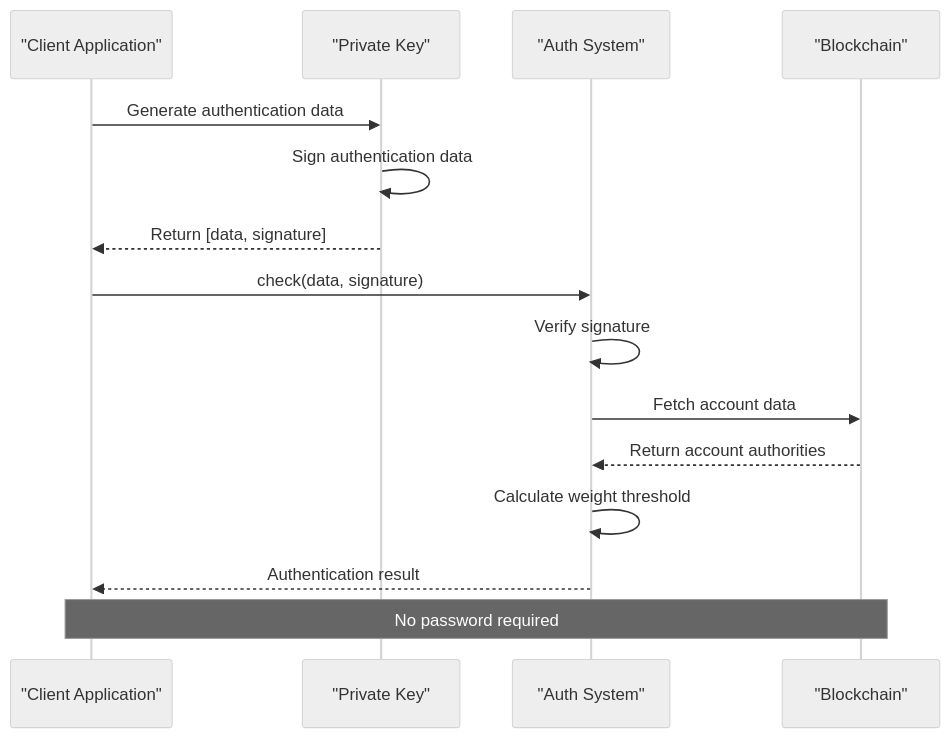
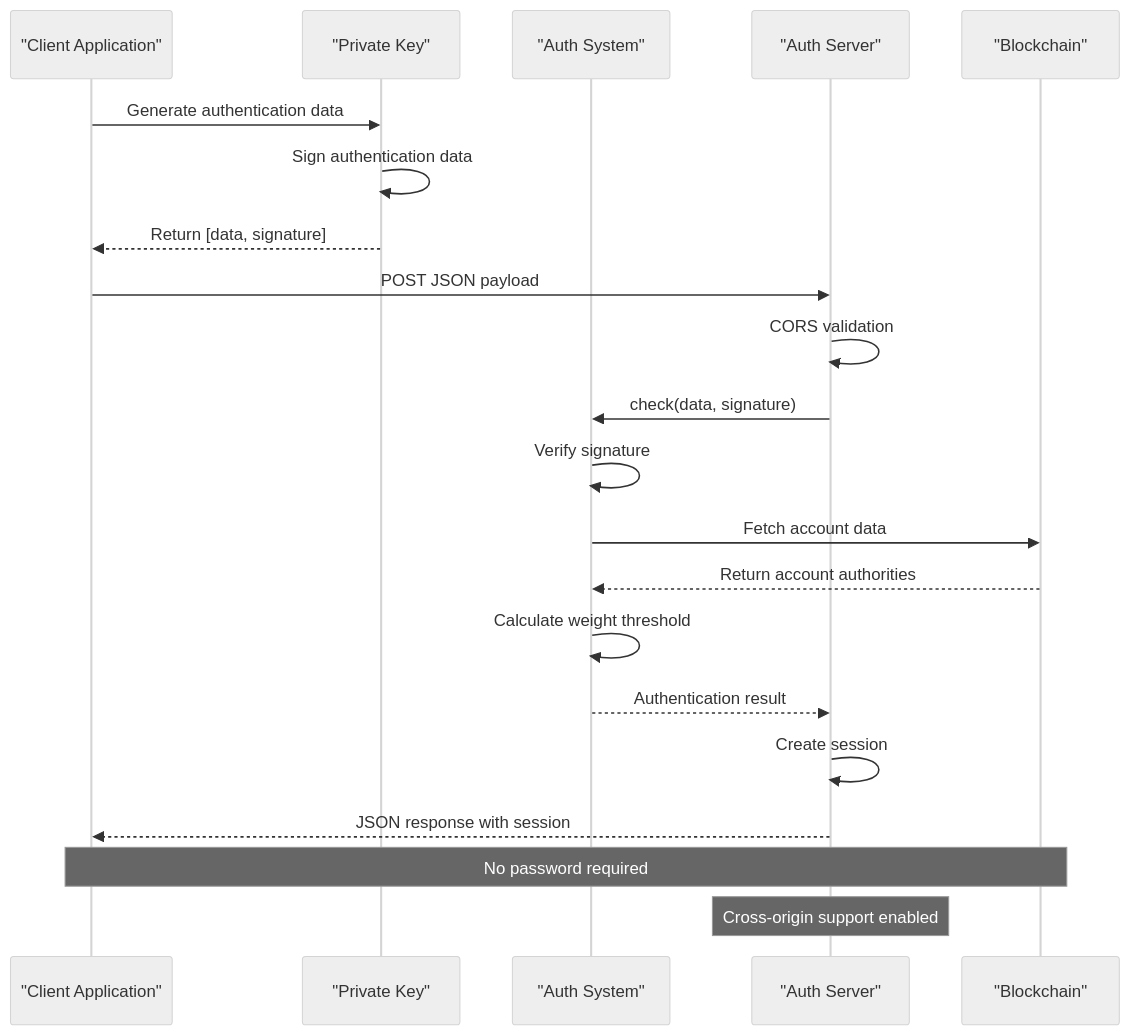
Before and after one commit to VIZ-Blockchain/viz-php-lib: the fifth of 8 diagrams in .qoder/repowiki/en/content/API Reference/Auth Class API.md, drawn with Mermaid (neutral theme). The commit also changed other lines of this file and 9 other files, not shown here.

First line of the commit message:
docs(auth): enhance passwordless auth with CORS, sessions, and modern web integration

````diff
--- a/.qoder/repowiki/en/content/API Reference/Auth Class API.md
+++ b/.qoder/repowiki/en/content/API Reference/Auth Class API.md
@@ -238,17 +284,23 @@
 ```mermaid
 sequenceDiagram
 participant Client as "Client Application"
 participant PrivateKey as "Private Key"
 participant AuthSystem as "Auth System"
+participant Server as "Auth Server"
 participant Blockchain as "Blockchain"
 Client->>PrivateKey : Generate authentication data
 PrivateKey->>PrivateKey : Sign authentication data
 PrivateKey-->>Client : Return [data, signature]
-Client->>AuthSystem : check(data, signature)
+Client->>Server : POST JSON payload
+Server->>Server : CORS validation
+Server->>AuthSystem : check(data, signature)
 AuthSystem->>AuthSystem : Verify signature
 AuthSystem->>Blockchain : Fetch account data
 Blockchain-->>AuthSystem : Return account authorities
 AuthSystem->>AuthSystem : Calculate weight threshold
-AuthSystem-->>Client : Authentication result
+AuthSystem-->>Server : Authentication result
+Server->>Server : Create session
+Server-->>Client : JSON response with session
 Note over Client,Blockchain : No password required
+Note over Server : Cross-origin support enabled
 ```
````
